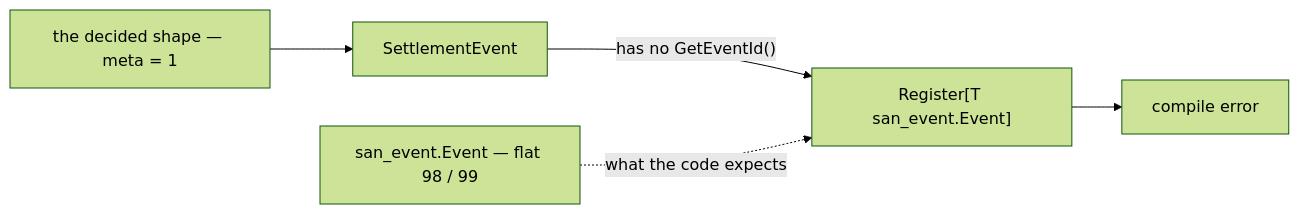
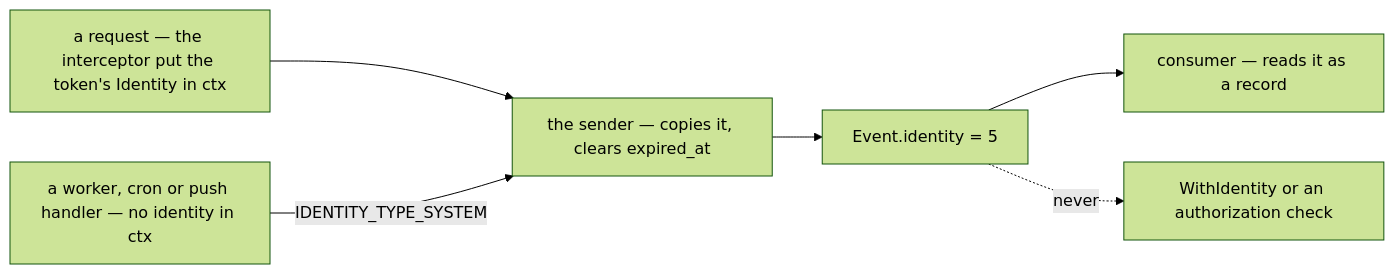
One commit to pdcgo/warehouse_revamp changed the seventh of 11 diagrams in docs/technical/event_architecture/context_clarify.md. Above: the diagram before and after it, drawn with Mermaid (forest theme). The commit also changed other lines of this file and 10 other files, not shown here.

Commit message:
godok event architecture

````diff
--- a/docs/technical/event_architecture/context_clarify.md
+++ b/docs/technical/event_architecture/context_clarify.md
@@ -41,7 +359,8 @@
 ```mermaid
 flowchart LR
-  G["the decided shape — meta = 1"] --> E["SettlementEvent"]
-  E -->|"has no GetEventId()"| R["Register[T san_event.Event]"]
-  R --> X["compile error"]
-  C["san_event.Event — flat 98 / 99"] -.->|"what the code expects"| R
+  R["a request — the interceptor put the token's Identity in ctx"] --> S["the sender — copies it, clears expired_at"]
+  W["a worker, cron or push handler — no identity in ctx"] -->|"IDENTITY_TYPE_SYSTEM"| S
+  S --> E["Event.identity = 5"]
+  E --> C["consumer — reads it as a record"]
+  E -.->|"never"| X["WithIdentity or an authorization check"]
 ```
````
